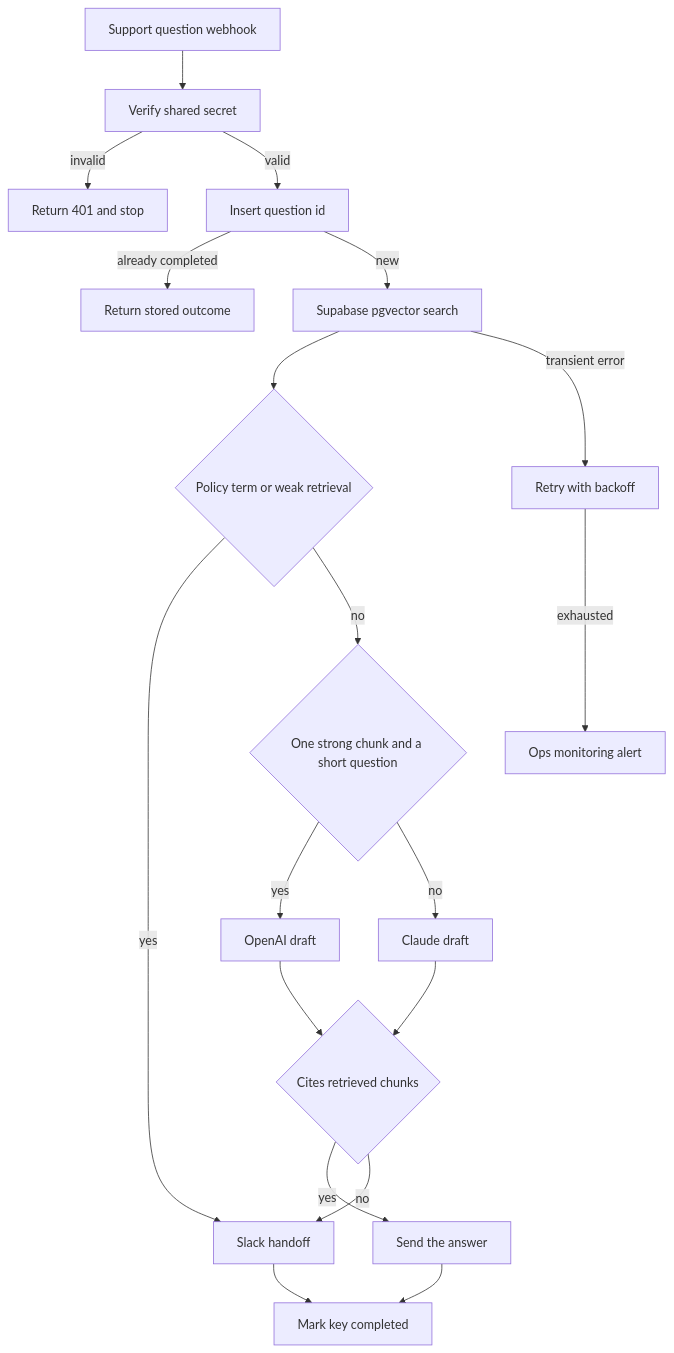
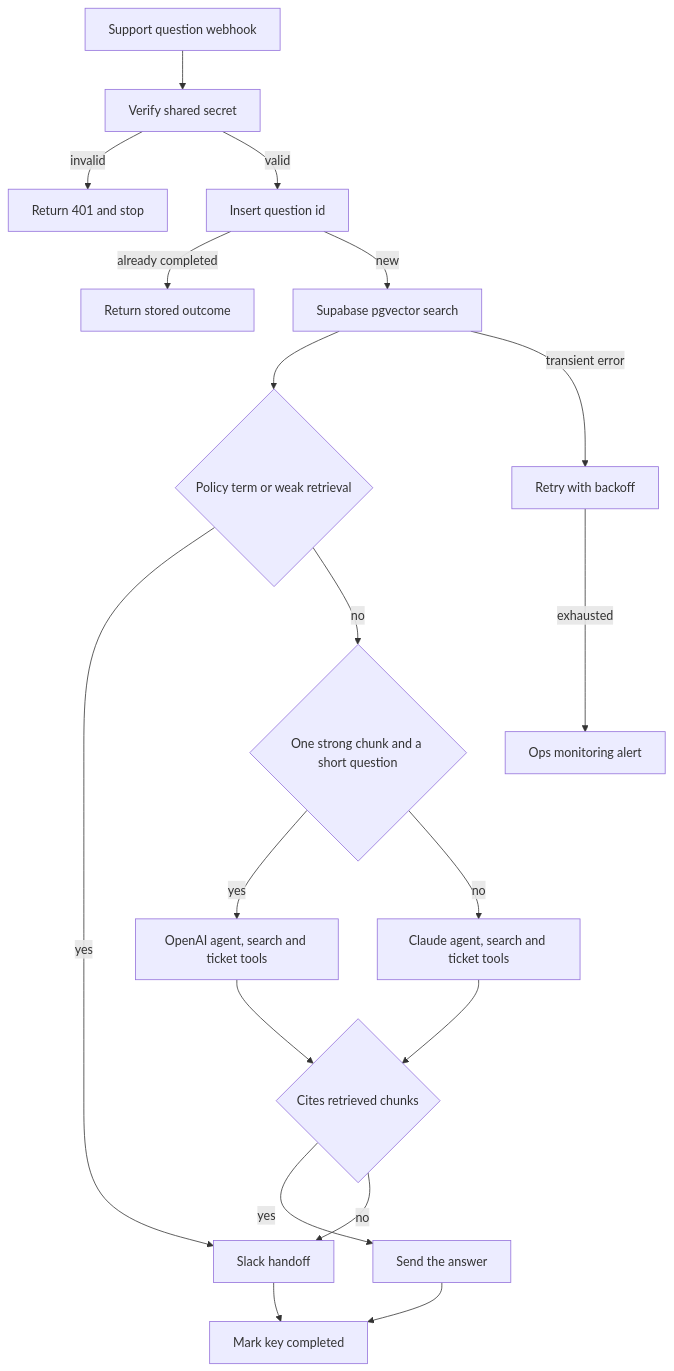
The diagram in workflows/03-rag-support-agent/README.md (Raghavdeora27/ai-automation-portfolio), drawn with Mermaid before and after one commit. The commit also changed other lines of this file and 29 other files, not shown here.

````diff
--- a/workflows/03-rag-support-agent/README.md
+++ b/workflows/03-rag-support-agent/README.md
@@ -61,21 +61,21 @@
 ```mermaid
 flowchart TD
   inbound["Support question webhook"] --> verify["Verify shared secret"]
   verify -->|invalid| reject["Return 401 and stop"]
   verify -->|valid| dedupe["Insert question id"]
   dedupe -->|already completed| replay["Return stored outcome"]
   dedupe -->|new| retrieve["Supabase pgvector search"]
   retrieve --> policy{"Policy term or weak retrieval"}
   policy -->|yes| handoff["Slack handoff"]
   policy -->|no| route{"One strong chunk and a short question"}
-  route -->|yes| openai["OpenAI draft"]
-  route -->|no| claude["Claude draft"]
+  route -->|yes| openai["OpenAI agent, search and ticket tools"]
+  route -->|no| claude["Claude agent, search and ticket tools"]
   openai --> cite{"Cites retrieved chunks"}
   claude --> cite
   cite -->|yes| answer["Send the answer"]
   cite -->|no| handoff
   answer --> doneNode["Mark key completed"]
   handoff --> doneNode
   retrieve -->|transient error| retry["Retry with backoff"]
   retry -->|exhausted| alert["Ops monitoring alert"]
 ```
````
